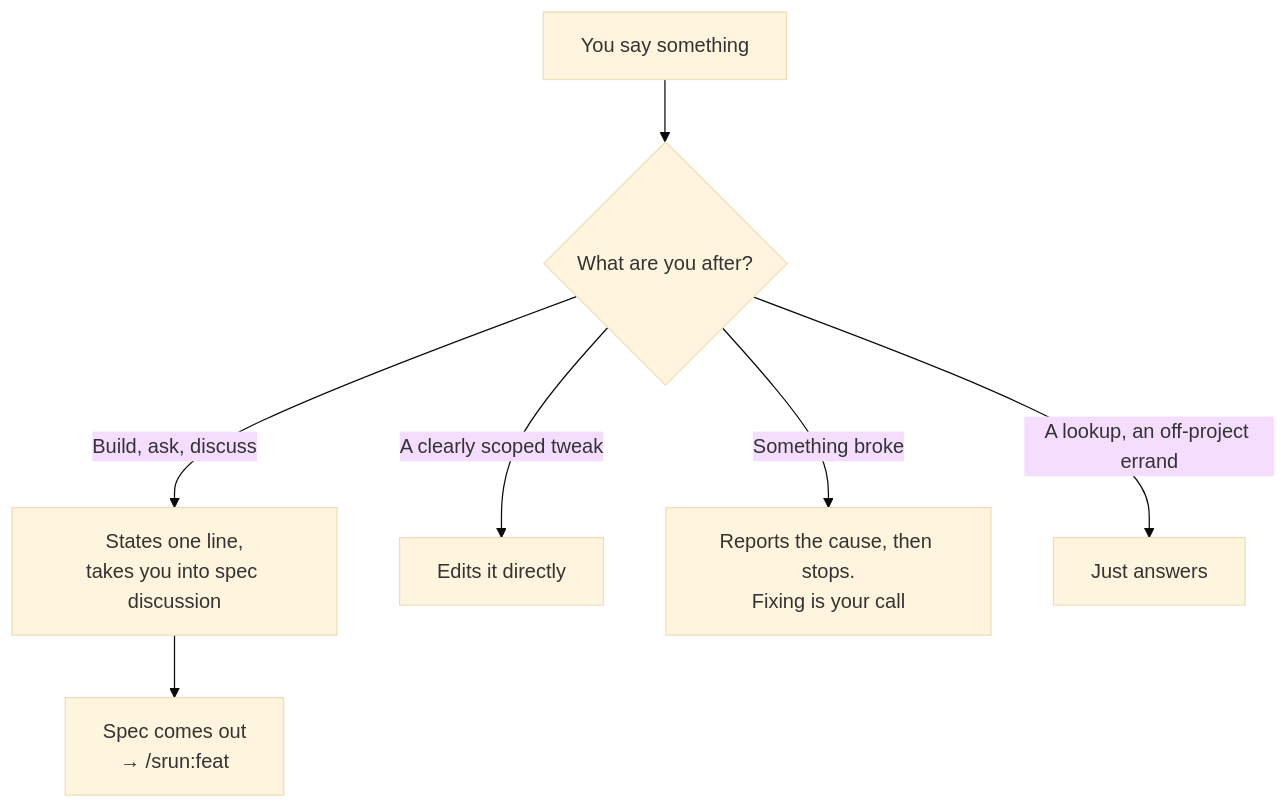
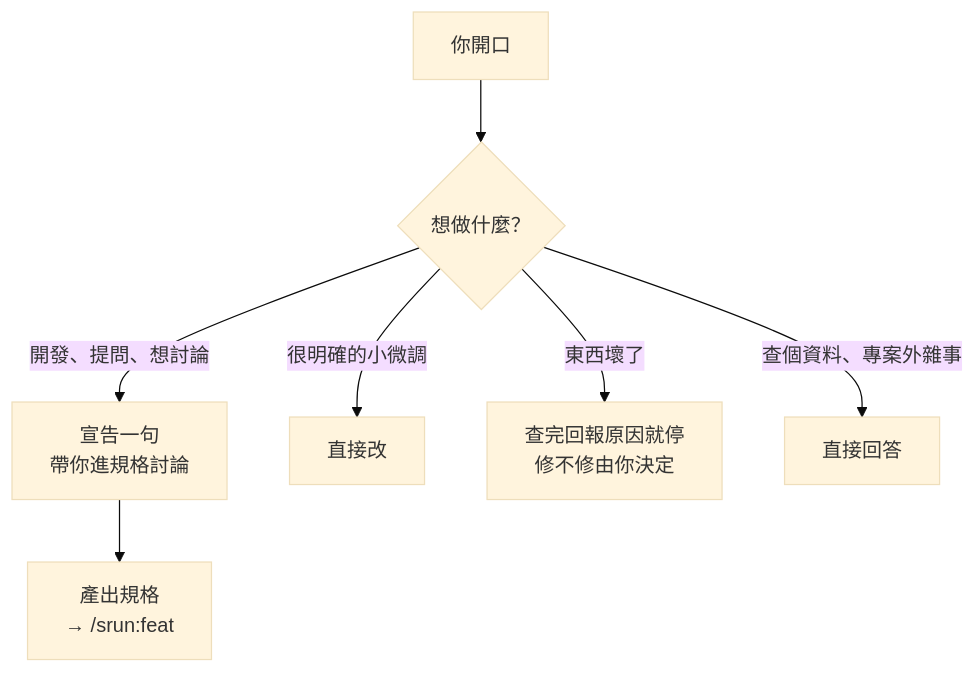
One commit to jay123578951/specrun changed the first of 2 diagrams in README.md. Above: the diagram before and after it, drawn with Mermaid (base theme). The commit also changed other lines of this file and 1 other file, not shown here.

````diff
--- a/README.md
+++ b/README.md
@@ -20,8 +18,8 @@
 ```mermaid
 flowchart TD
-    U["You say something"] --> J{"What are you after?"}
-    J -- "Build, ask, discuss" --> D["States one line,<br/>takes you into spec discussion"] --> P["Spec comes out<br/>→ /srun:feat"]
-    J -- "A clearly scoped tweak" --> E["Edits it directly"]
-    J -- "Something broke" --> B["Reports the cause, then stops.<br/>Fixing is your call"]
-    J -- "A lookup, an off-project errand" --> S["Just answers"]
+    U["你開口"] --> J{"想做什麼？"}
+    J -- "開發、提問、想討論" --> D["宣告一句<br/>帶你進規格討論"] --> P["產出規格<br/>→ /srun:feat"]
+    J -- "很明確的小微調" --> E["直接改"]
+    J -- "東西壞了" --> B["查完回報原因就停<br/>修不修由你決定"]
+    J -- "查個資料、專案外雜事" --> S["直接回答"]
 ```
````
